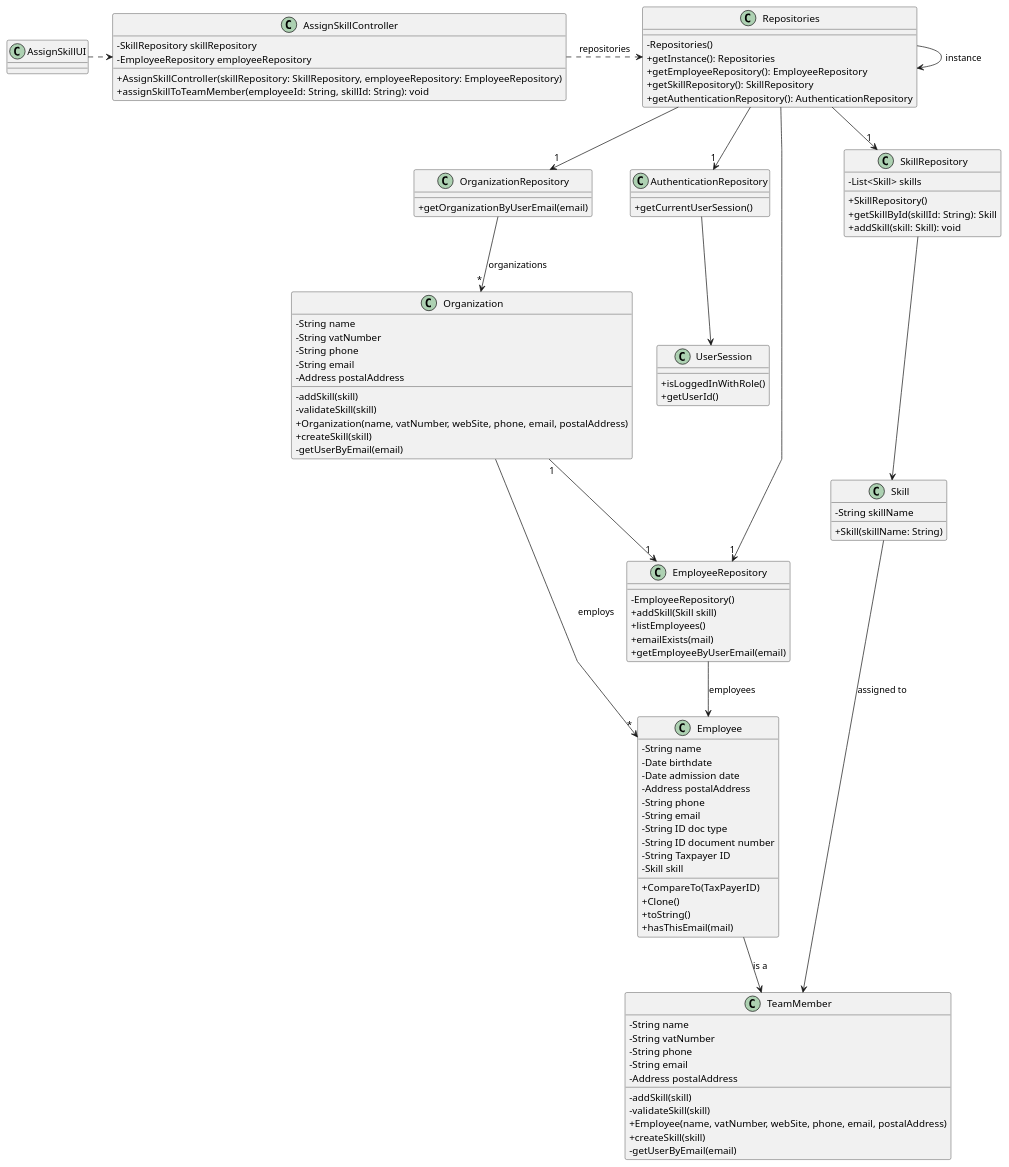
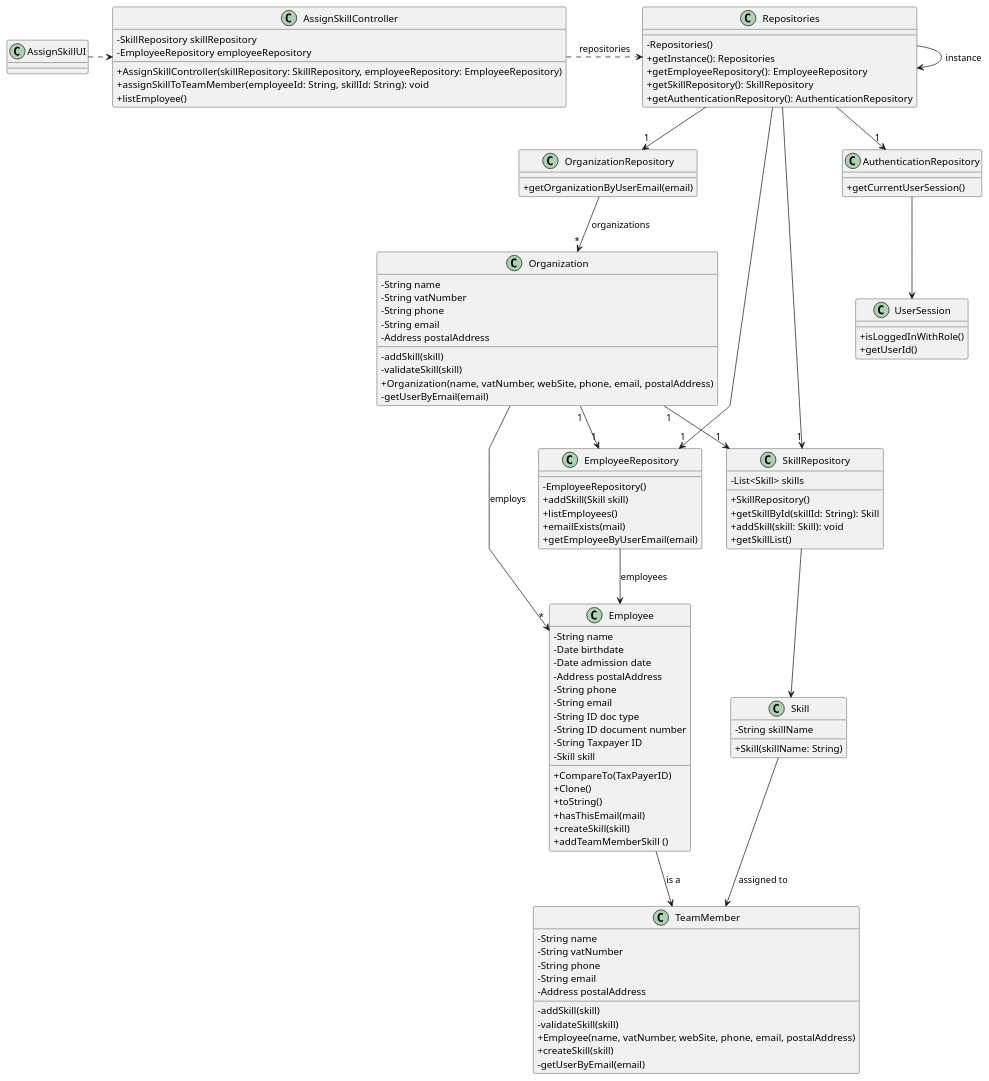
The diagram in docs/sprintC/us004/03.design/puml/us004-class-diagram.puml (Mendoncaa/LAPR2), drawn with PlantUML before and after one commit. The commit also changed 19 other files, not shown here.

Commit message:
Update class diagram and sequence diagram (US01 and US04), update domain model

```diff
--- a/docs/sprintC/us004/03.design/puml/us004-class-diagram.puml
+++ b/docs/sprintC/us004/03.design/puml/us004-class-diagram.puml
@@ -1,126 +1,130 @@
 @startuml
 'skinparam monochrome true
 skinparam packageStyle rectangle
 skinparam shadowing false
 skinparam linetype polyline
 'skinparam linetype orto
 
 skinparam classAttributeIconSize 0
 
 'left to right direction
 
 
 class AssignSkillUI {
 }
 
 class AssignSkillController {
     - SkillRepository skillRepository
     - EmployeeRepository employeeRepository
     + AssignSkillController(skillRepository: SkillRepository, employeeRepository: EmployeeRepository)
     + assignSkillToTeamMember(employeeId: String, skillId: String): void
+    +listEmployee()
 }
 
 class Repositories {
     - Repositories()
     + getInstance(): Repositories
     + getEmployeeRepository(): EmployeeRepository
     + getSkillRepository(): SkillRepository
     + getAuthenticationRepository(): AuthenticationRepository
 }
 
 class OrganizationRepository {
     + getOrganizationByUserEmail(email)
 }
 
 class Organization {
     - String name
     - String vatNumber
     - String phone
     - String email
     - Address postalAddress
     - addSkill(skill)
     - validateSkill(skill)
     + Organization(name, vatNumber, webSite, phone, email, postalAddress)
-    + createSkill(skill)
     - getUserByEmail(email)
 
 }
 
 class AuthenticationRepository {
     + getCurrentUserSession()
 }
 
 class UserSession {
     + isLoggedInWithRole()
     + getUserId()
 }
 
 class Employee {
     - String name
     - Date birthdate
     - Date admission date
     - Address postalAddress
     - String phone
     - String email
     - String ID doc type
     - String ID document number
     - String Taxpayer ID
     - Skill skill
     + CompareTo(TaxPayerID)
     + Clone()
     + toString()
     + hasThisEmail(mail)
+    + createSkill(skill)
+    + addTeamMemberSkill ()
 }
 
 class TeamMember {
     - String name
     - String vatNumber
     - String phone
     - String email
     - Address postalAddress
     - addSkill(skill)
     - validateSkill(skill)
     + Employee(name, vatNumber, webSite, phone, email, postalAddress)
     + createSkill(skill)
     - getUserByEmail(email)
 }
 
 
 class EmployeeRepository {
     - EmployeeRepository()
     + addSkill(Skill skill)
     + listEmployees()
     + emailExists(mail)
     + getEmployeeByUserEmail(email)
 }
 
 class SkillRepository {
     - List<Skill> skills
     + SkillRepository()
     + getSkillById(skillId: String): Skill
     + addSkill(skill: Skill): void
+    + getSkillList()
 }
 
 class Skill {
     - String skillName
     + Skill(skillName: String)
 }
 
 Repositories -> Repositories : instance
 AssignSkillUI .> AssignSkillController
 Repositories --> "1" OrganizationRepository
 OrganizationRepository --> "*" Organization : organizations
 Organization "1" --> "1" EmployeeRepository
 Organization  --> "*" Employee : employs
 AssignSkillController .> Repositories : repositories
 Repositories --> "1" AuthenticationRepository
 Repositories --> "1" EmployeeRepository
 Repositories --> "1" SkillRepository
 AuthenticationRepository --> UserSession
 EmployeeRepository --> Employee : employees
 SkillRepository --> Skill
 Employee --> TeamMember : is a
 Skill --> TeamMember  : assigned to
+Organization "1" --> "1" SkillRepository
 
 
 @enduml
```
